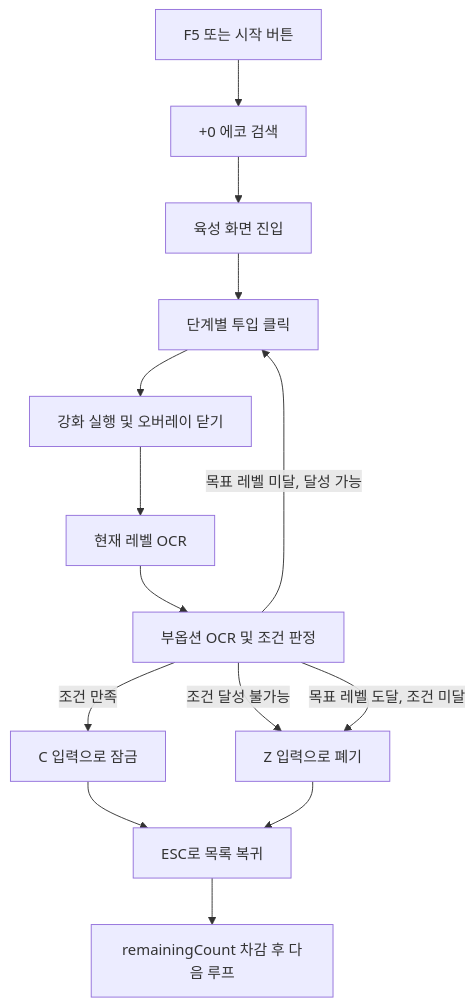
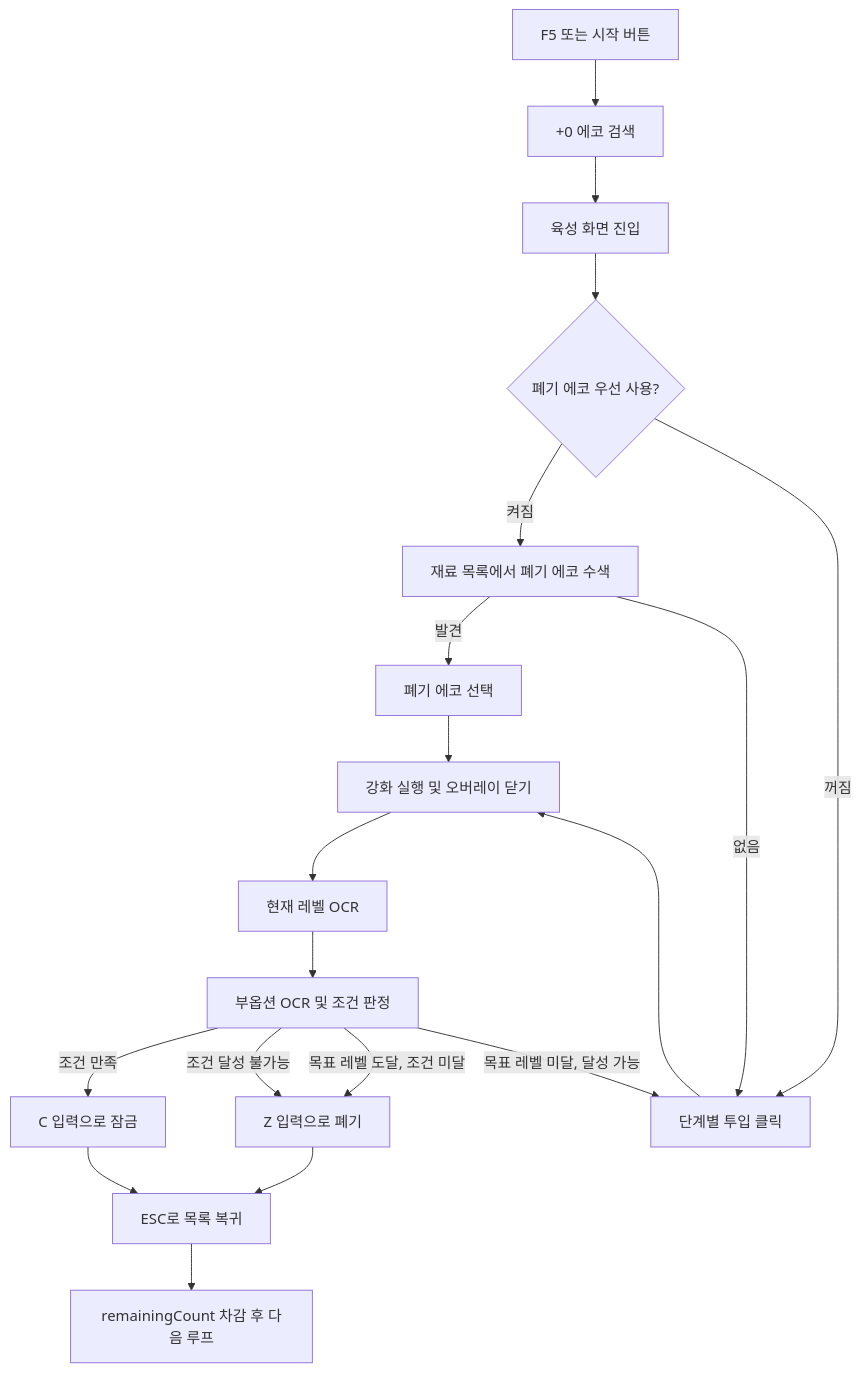
One commit to sinbumu/wuwa-echo-craftsman changed the diagram in docs/automation_scenario.md. Above: the diagram before and after it, drawn with Mermaid. The commit also changed other lines of this file and 7 other files, not shown here.

````diff
--- a/docs/automation_scenario.md
+++ b/docs/automation_scenario.md
@@ -46,16 +50,21 @@
 ```mermaid
 flowchart TD
     Start["F5 또는 시작 버튼"] --> Search["+0 에코 검색"]
     Search --> EnhanceTab["육성 화면 진입"]
-    EnhanceTab --> StagedInput["단계별 투입 클릭"]
-    StagedInput --> EnhanceConfirm["강화 실행 및 오버레이 닫기"]
+    EnhanceTab --> PreferDiscard{"폐기 에코 우선 사용?"}
+    PreferDiscard -->|"켜짐"| FindDiscard["재료 목록에서 폐기 에코 수색"]
+    FindDiscard -->|"발견"| SelectDiscard["폐기 에코 선택"]
+    FindDiscard -->|"없음"| StagedInput["단계별 투입 클릭"]
+    PreferDiscard -->|"꺼짐"| StagedInput
+    SelectDiscard --> EnhanceConfirm["강화 실행 및 오버레이 닫기"]
+    StagedInput --> EnhanceConfirm
     EnhanceConfirm --> ReadLevel["현재 레벨 OCR"]
     ReadLevel --> Evaluate["부옵션 OCR 및 조건 판정"]
     Evaluate -->|"조건 만족"| Lock["C 입력으로 잠금"]
     Evaluate -->|"조건 달성 불가능"| Discard["Z 입력으로 폐기"]
     Evaluate -->|"목표 레벨 도달, 조건 미달"| Discard
     Evaluate -->|"목표 레벨 미달, 달성 가능"| StagedInput
     Lock --> Return["ESC로 목록 복귀"]
     Discard --> Return
     Return --> Next["remainingCount 차감 후 다음 루프"]
 ```
````
